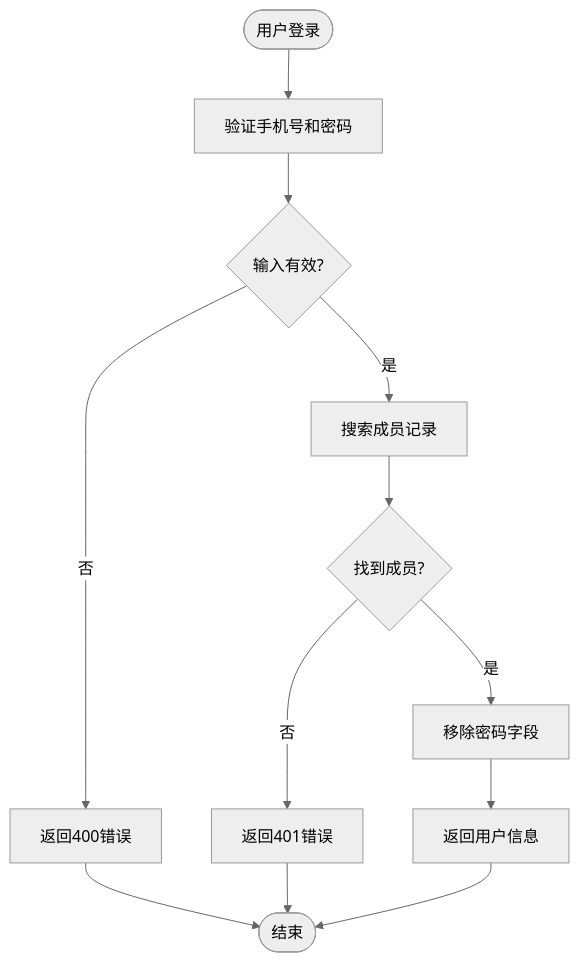
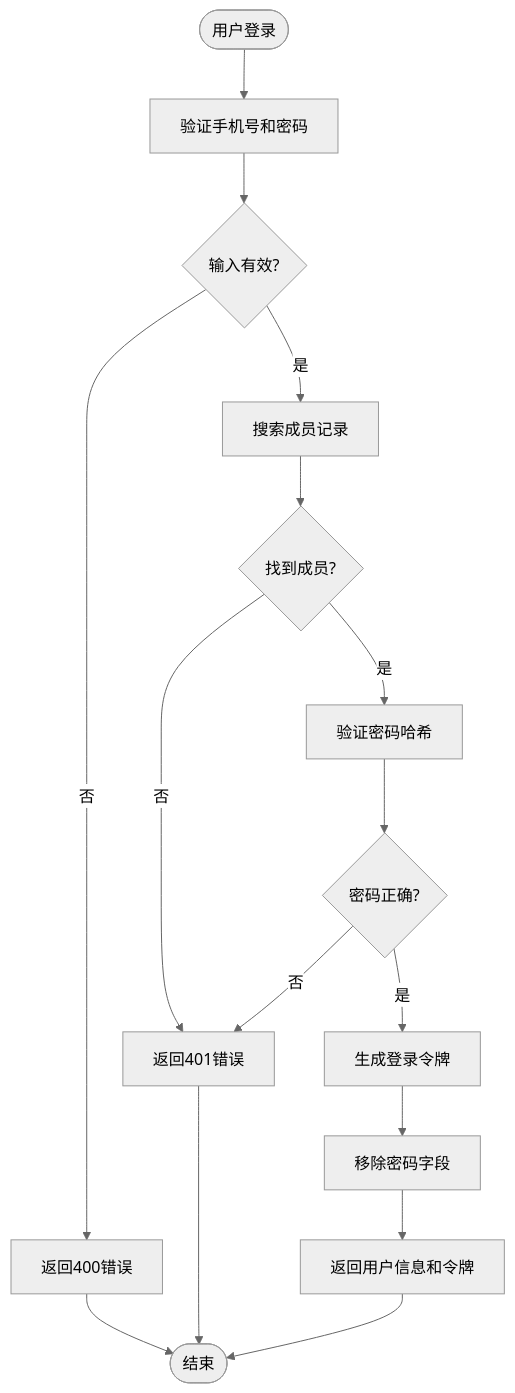
The third of 5 diagrams in .qoder/repowiki/zh/content/API接口文档/API接口文档.md (qq20739111/weilushishe-lishitai), drawn with Mermaid (neutral theme) before and after one commit. The commit also changed other lines of this file and 23 other files, not shown here.

````diff
--- a/.qoder/repowiki/zh/content/API接口文档/API接口文档.md
+++ b/.qoder/repowiki/zh/content/API接口文档/API接口文档.md
@@ -146,14 +172,18 @@
 ```mermaid
 flowchart TD
 Start([用户登录]) --> ValidateInput[验证手机号和密码]
 ValidateInput --> InputValid{输入有效?}
 InputValid --> |否| ReturnError[返回400错误]
 InputValid --> |是| SearchMember[搜索成员记录]
 SearchMember --> MemberFound{找到成员?}
 MemberFound --> |否| ReturnUnauthorized[返回401错误]
-MemberFound --> |是| RemovePassword[移除密码字段]
-RemovePassword --> ReturnSuccess[返回用户信息]
+MemberFound --> |是| HashPassword[验证密码哈希]
+HashPassword --> PasswordValid{密码正确?}
+PasswordValid --> |否| ReturnUnauthorized
+PasswordValid --> |是| GenerateToken[生成登录令牌]
+GenerateToken --> RemovePassword[移除密码字段]
+RemovePassword --> ReturnSuccess[返回用户信息和令牌]
 ReturnError --> End([结束])
 ReturnUnauthorized --> End
 ReturnSuccess --> End
 ```
````
